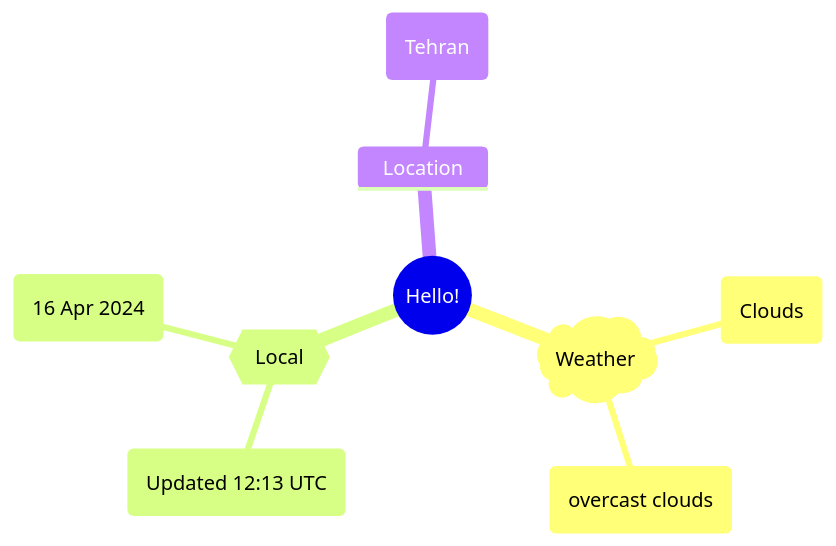
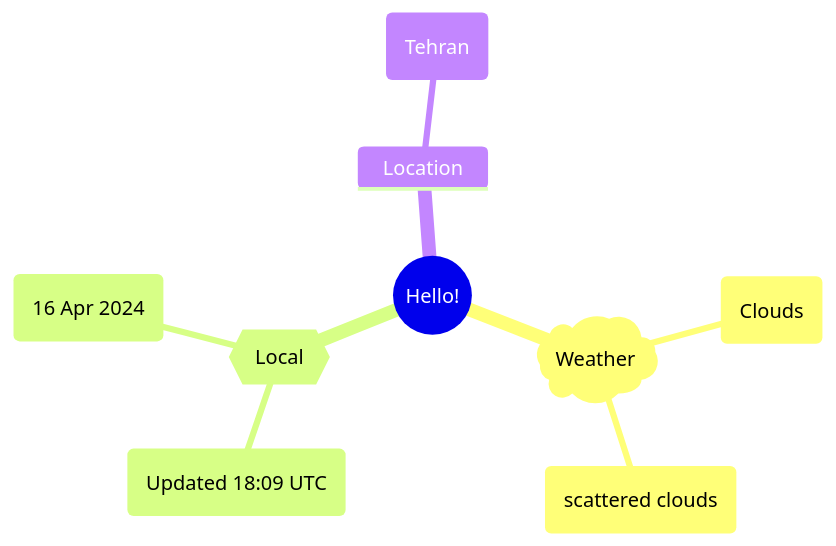
The first of 2 diagrams in README.md (Xosrov/Xosrov), drawn with Mermaid before and after one commit.

Commit message:
[bot] updated images

````diff
--- a/README.md
+++ b/README.md
@@ -3,12 +3,12 @@
 ```mermaid
 mindmap
   root((Hello!))
     )Weather(
         (Clouds)
-        (overcast clouds)
+        (scattered clouds)
     {{Local}}
-        (Updated 12:13 UTC)
+        (Updated 18:09 UTC)
         (16 Apr 2024)
     Location
         (Tehran)
 ```
````
